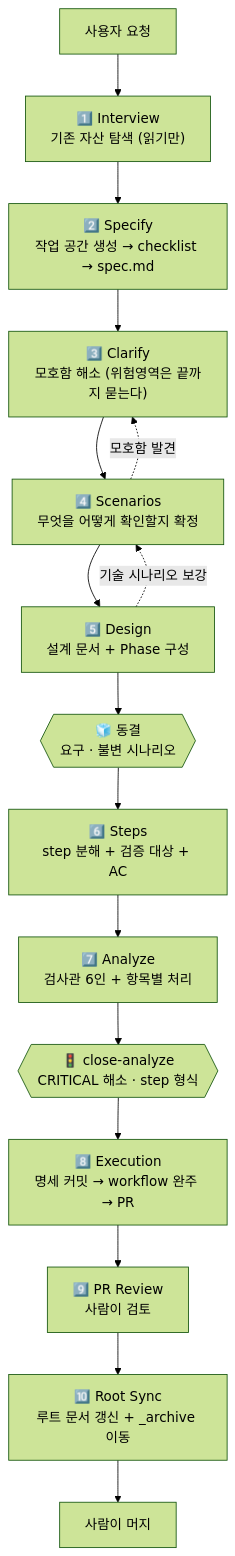
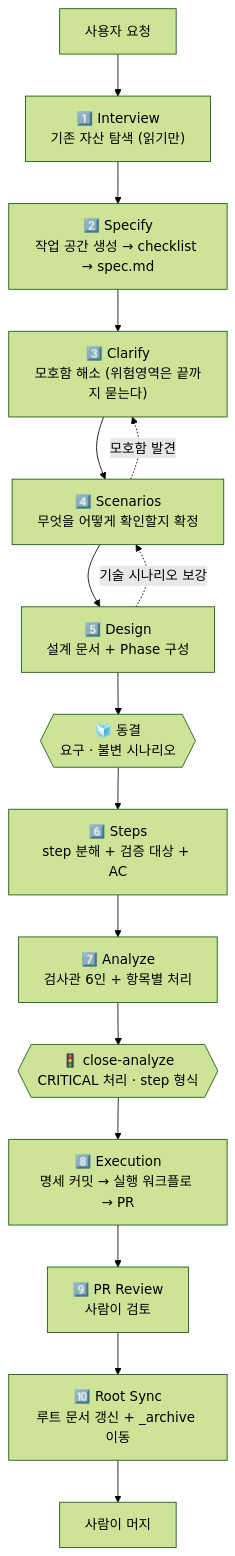
Before and after one commit to KimYeonWook511/spec-harness-plugin: the first of 4 diagrams in README.md, drawn with Mermaid (forest theme). The commit also changed other lines of this file and 39 other files, not shown here.

````diff
--- a/README.md
+++ b/README.md
@@ -25,19 +21,19 @@
 ```mermaid
 flowchart TD
     A["사용자 요청"] --> S1["1️⃣ Interview<br>기존 자산 탐색 (읽기만)"]
     S1 --> S2["2️⃣ Specify<br>작업 공간 생성 → checklist → spec.md"]
     S2 --> S3["3️⃣ Clarify<br>모호함 해소 (위험영역은 끝까지 묻는다)"]
     S3 --> S4["4️⃣ Scenarios<br>무엇을 어떻게 확인할지 확정"]
     S4 --> S5["5️⃣ Design<br>설계 문서 + Phase 구성"]
     S5 --> FZ{{"🧊 동결<br>요구 · 불변 시나리오"}}
     FZ --> S6["6️⃣ Steps<br>step 분해 + 검증 대상 + AC"]
     S6 --> S7["7️⃣ Analyze<br>검사관 6인 + 항목별 처리"]
-    S7 --> CA{{"🚦 close-analyze<br>CRITICAL 해소 · step 형식"}}
-    CA --> S8["8️⃣ Execution<br>명세 커밋 → workflow 완주 → PR"]
+    S7 --> CA{{"🚦 close-analyze<br>CRITICAL 처리 · step 형식"}}
+    CA --> S8["8️⃣ Execution<br>명세 커밋 → 실행 워크플로 → PR"]
     S8 --> S9["9️⃣ PR Review<br>사람이 검토"]
     S9 --> S10["🔟 Root Sync<br>루트 문서 갱신 + _archive 이동"]
     S10 --> M["사람이 머지"]
 
     S4 -.모호함 발견.-> S3
     S5 -.기술 시나리오 보강.-> S4
 ```
````
